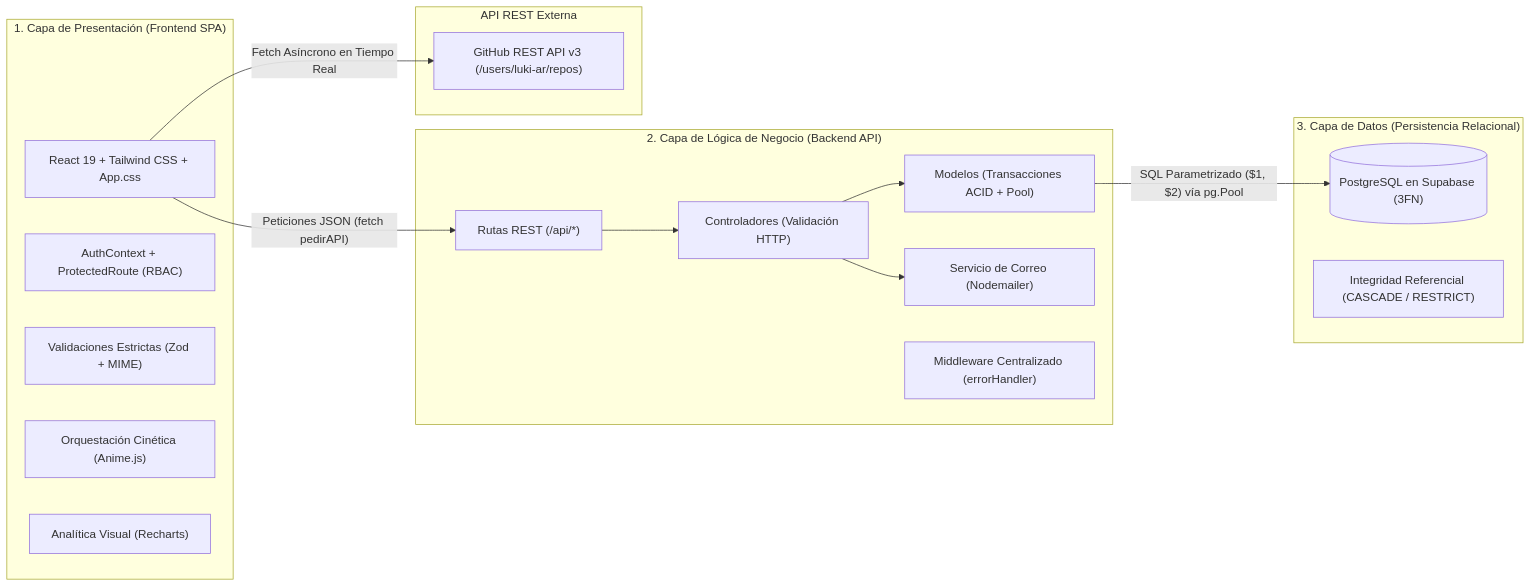
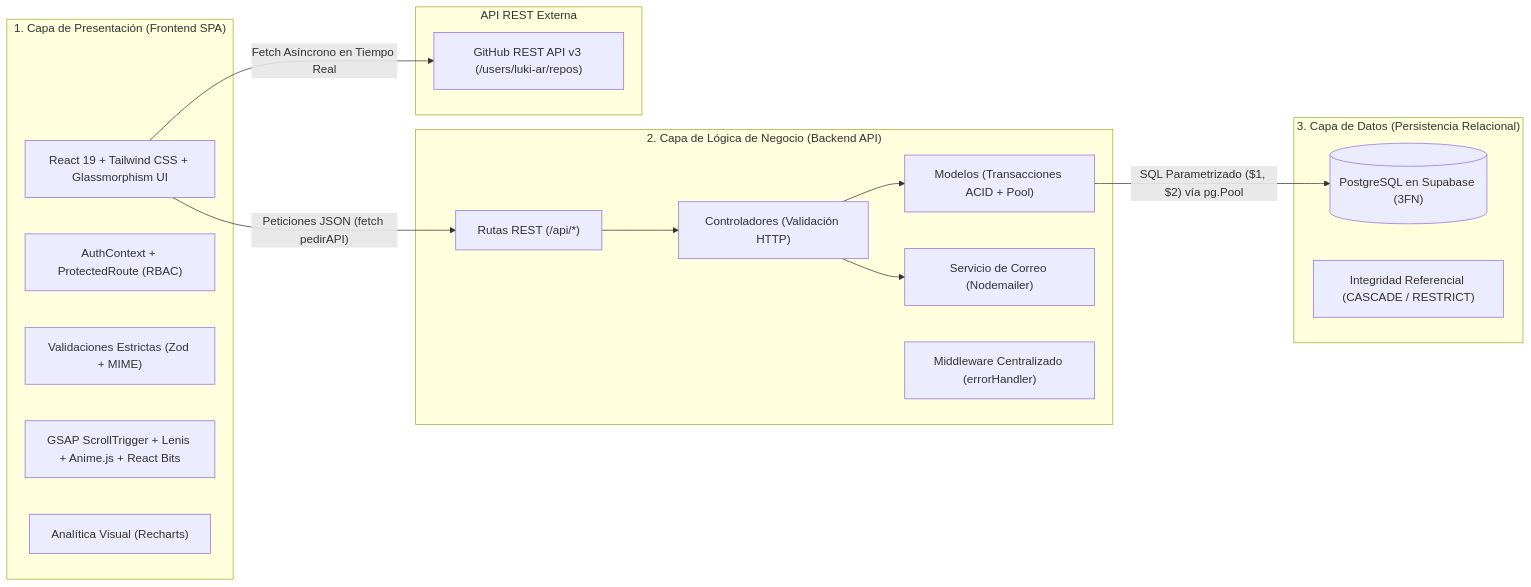
One commit to luki-ar/portfolio-lotus changed the first of 2 diagrams in ARQUITECTURA.md. Above: the diagram before and after it, drawn with Mermaid. The commit also changed other lines of this file and 29 other files, not shown here.

Commit message:
feat: integrateGSAP,lenis,react bits,skills glass block.. etc

````diff
--- a/ARQUITECTURA.md
+++ b/ARQUITECTURA.md
@@ -12,34 +12,34 @@
 ```mermaid
 flowchart LR
     subgraph Capa1["1. Capa de Presentación (Frontend SPA)"]
-        UI["React 19 + Tailwind CSS + App.css"]
+        UI["React 19 + Tailwind CSS + Glassmorphism UI"]
         RBAC["AuthContext + ProtectedRoute (RBAC)"]
         ZOD["Validaciones Estrictas (Zod + MIME)"]
-        MOTION["Orquestación Cinética (Anime.js)"]
+        MOTION["GSAP ScrollTrigger + Lenis + Anime.js + React Bits"]
         CHARTS["Analítica Visual (Recharts)"]
     end
 
     subgraph Capa2["2. Capa de Lógica de Negocio (Backend API)"]
         ROUTES["Rutas REST (/api/*)"]
         CTRL["Controladores (Validación HTTP)"]
         MODELS["Modelos (Transacciones ACID + Pool)"]
         MAIL["Servicio de Correo (Nodemailer)"]
         ERR["Middleware Centralizado (errorHandler)"]
     end
 
     subgraph Capa3["3. Capa de Datos (Persistencia Relacional)"]
         PG[("PostgreSQL en Supabase (3FN)")]
         FK["Integridad Referencial (CASCADE / RESTRICT)"]
     end
 
     subgraph Externa["API REST Externa"]
         GH["GitHub REST API v3 (/users/luki-ar/repos)"]
     end
 
     UI -- "Peticiones JSON (fetch pedirAPI)" --> ROUTES
     ROUTES --> CTRL
     CTRL --> MODELS
     CTRL --> MAIL
     MODELS -- "SQL Parametrizado ($1, $2) vía pg.Pool" --> PG
     UI -- "Fetch Asíncrono en Tiempo Real" --> GH
 ```
````
